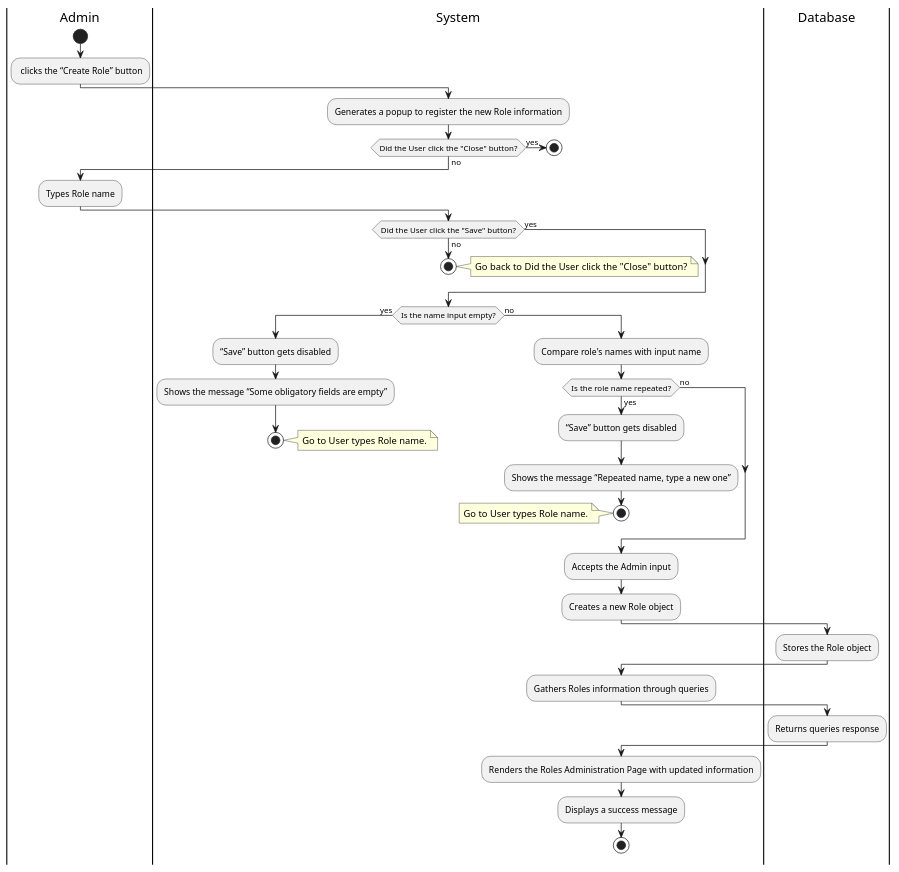
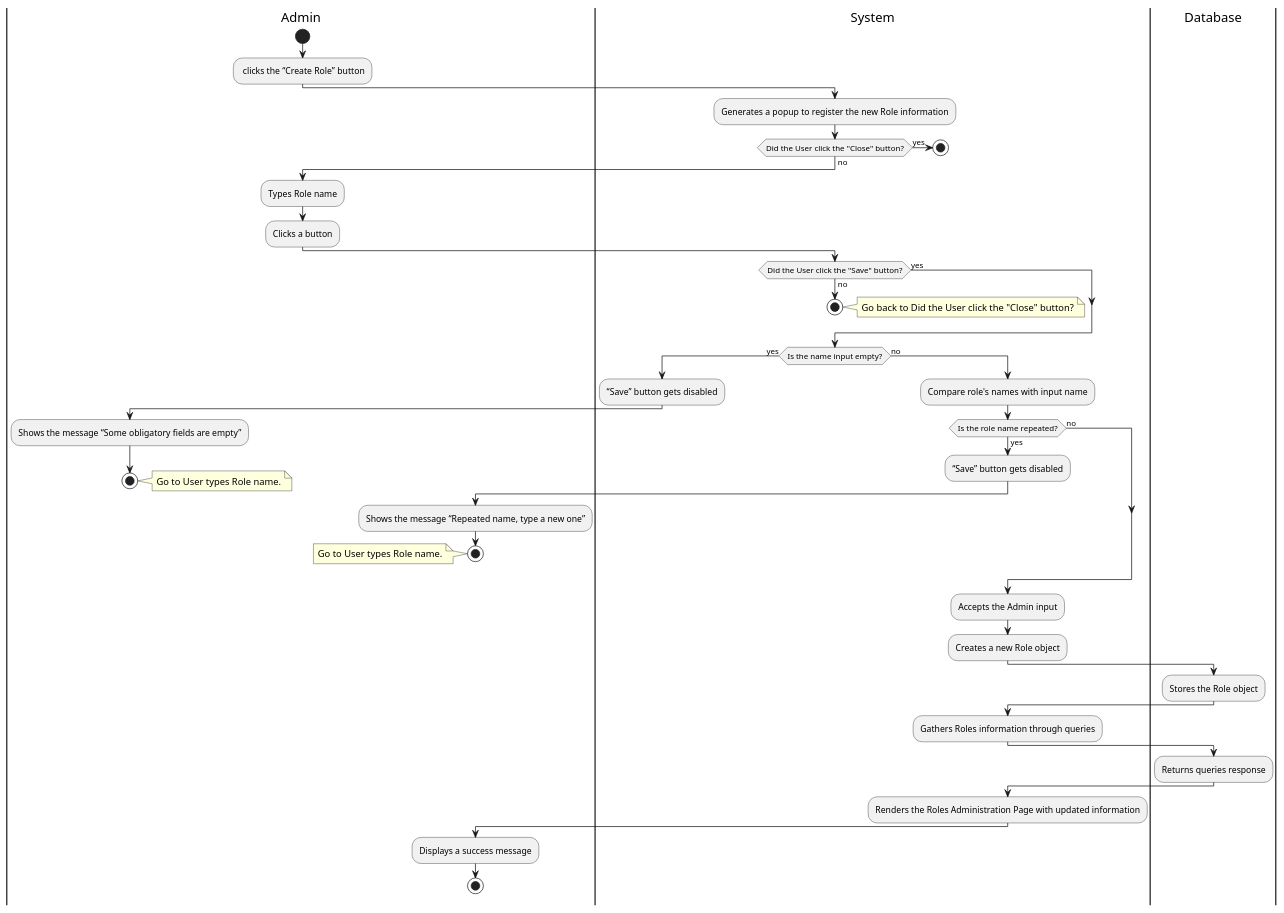
Before and after one commit to Berthou05/LimboSoftwareDevelopment_Change.org: the diagram in documentation/activity_diagrams/ADMIN-02-ActivityDiagram.puml, drawn with PlantUML. The commit also changed 14 other files, not shown here.

Commit message:
[DOCS]: Correction of Activity Diagrams. Addition of ADMIN-03, EMP-02, PROJ-11. Naming modifications of ADMIN-04, ADMIN-05 and ADMIN-06.

```diff
--- a/documentation/activity_diagrams/ADMIN-02-ActivityDiagram.puml
+++ b/documentation/activity_diagrams/ADMIN-02-ActivityDiagram.puml
@@ -1,64 +1,70 @@
 @startuml
 
 |Admin|
 start
 : clicks the “Create Role” button;
 
 |System|
 :Generates a popup to register the new Role information;
 if(Did the User click the "Close" button?) is (yes) then
     stop
 else(no)
 end if
 
 |Admin|
 :Types Role name;
+:Clicks a button;
 
 |System|
 if(Did the User click the "Save" button?) is (yes) then
 else(no)
     stop
     note right
         Go back to Did the User click the "Close" button?
     end note
 end if
 
 |System|
 if(Is the name input empty?) is (yes) then
     |System|
     :“Save” button gets disabled;
+    |Admin|
     :Shows the message “Some obligatory fields are empty”;
     stop
     note right
         Go to User types Role name.
     end note
+    |System|
 
 else(no)
     |System|
     :Compare role's names with input name;
     if(Is the role name repeated?) is (yes) then
         |System|
         :“Save” button gets disabled;
+        |Admin|
         :Shows the message “Repeated name, type a new one”;
         stop
         note left
             Go to User types Role name.
         end note
+        |System|
     else(no)
 end if
 
 |System|
 :Accepts the Admin input;
 :Creates a new Role object;
 |Database|
 :Stores the Role object;
 |System|
 :Gathers Roles information through queries;
 |Database|
 :Returns queries response;
 |System|
 :Renders the Roles Administration Page with updated information;
+|Admin|
 :Displays a success message;
 stop
 
 @enduml
```
